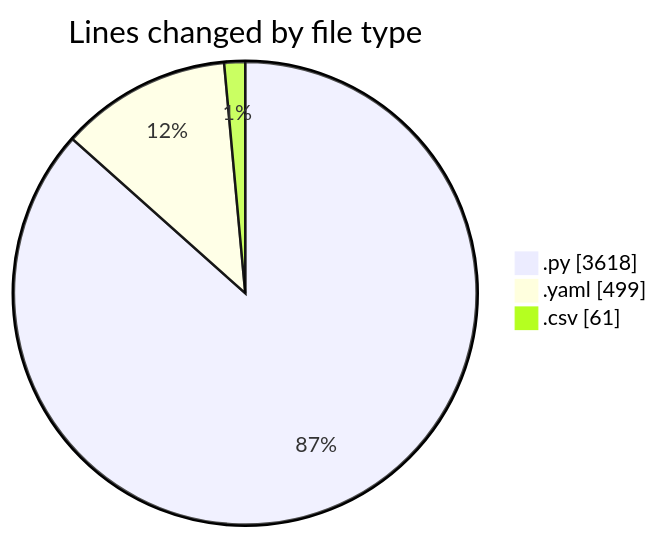
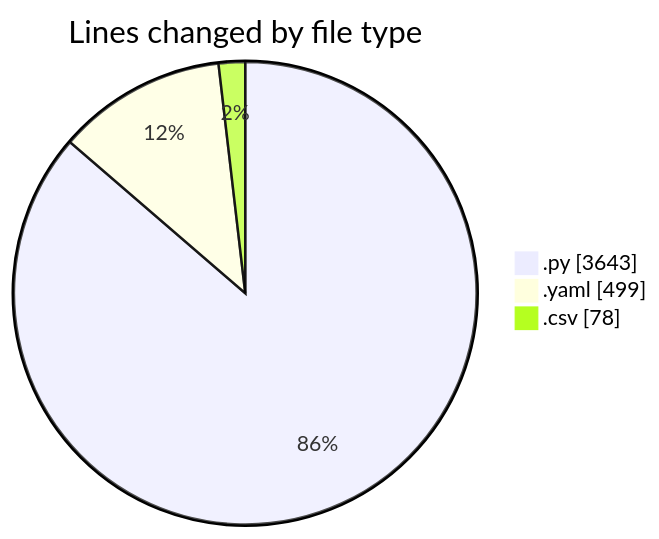
One commit to MatusMokan/code-tracking changed the first of 2 diagrams in 2025-03-01/myws__workspace_/README.md. Above: the diagram before and after it, drawn with Mermaid. The commit also changed other lines of this file and 1 other file, not shown here.

````diff
--- a/2025-03-01/myws__workspace_/README.md
+++ b/2025-03-01/myws__workspace_/README.md
@@ -30,7 +30,7 @@
 ```mermaid
 pie showData
 title Lines changed by file type
-".py" : 3618
+".py" : 3643
 ".yaml" : 499
-".csv" : 61
+".csv" : 78
 ```
````
